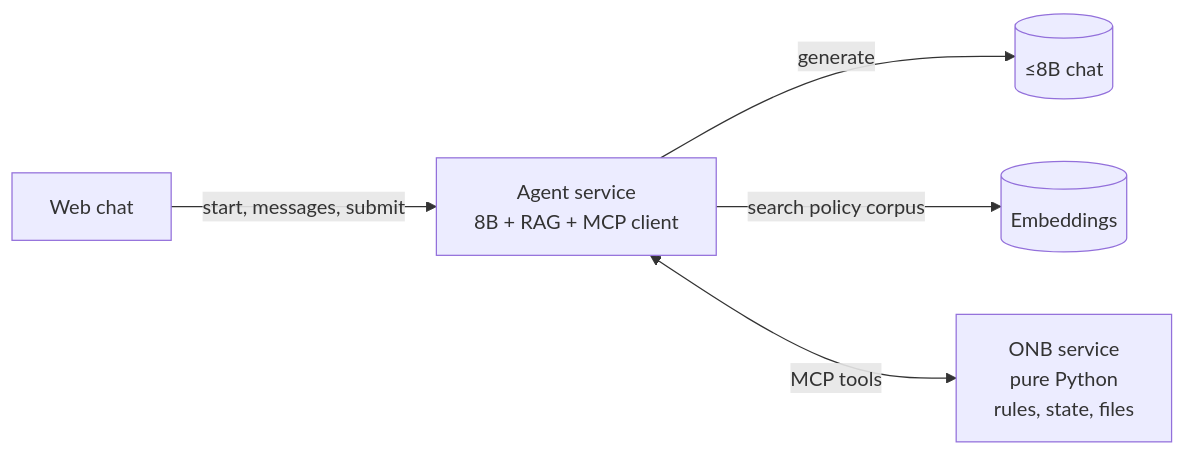
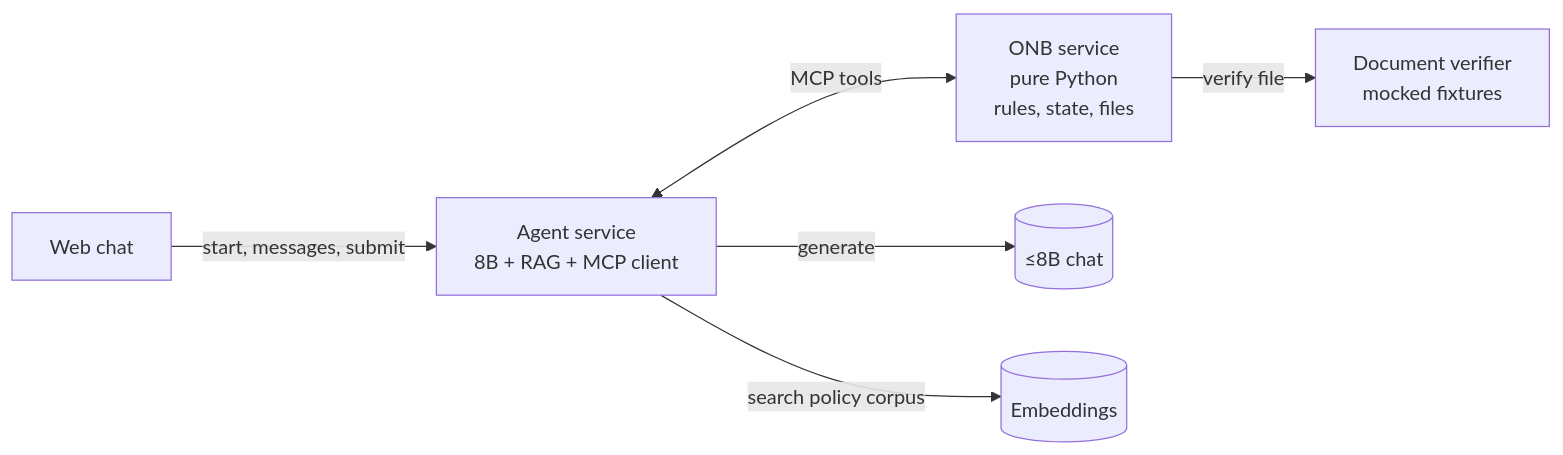
Before and after one commit to Capstone-iPe/analysis: the first of 6 diagrams in docs/ADR-0001-architecture.md, drawn with Mermaid. The commit also changed other lines of this file and 14 other files, not shown here.

Commit message:
Add web-chat UI design screens; ADR D7 document verifier + final ONB tool list

````diff
--- a/docs/ADR-0001-architecture.md
+++ b/docs/ADR-0001-architecture.md
@@ -50,13 +58,15 @@
 ```mermaid
 flowchart LR
   FE[Web chat]
   A[Agent service<br/>8B + RAG + MCP client]
   ONB[ONB service<br/>pure Python<br/>rules, state, files]
+  DV[Document verifier<br/>mocked fixtures]
   M[(≤8B chat)]
   E[(Embeddings)]
 
   FE -->|start, messages, submit| A
   A -->|generate| M
   A -->|search policy corpus| E
   A <-->|MCP tools| ONB
+  ONB -->|verify file| DV
 ```
````
